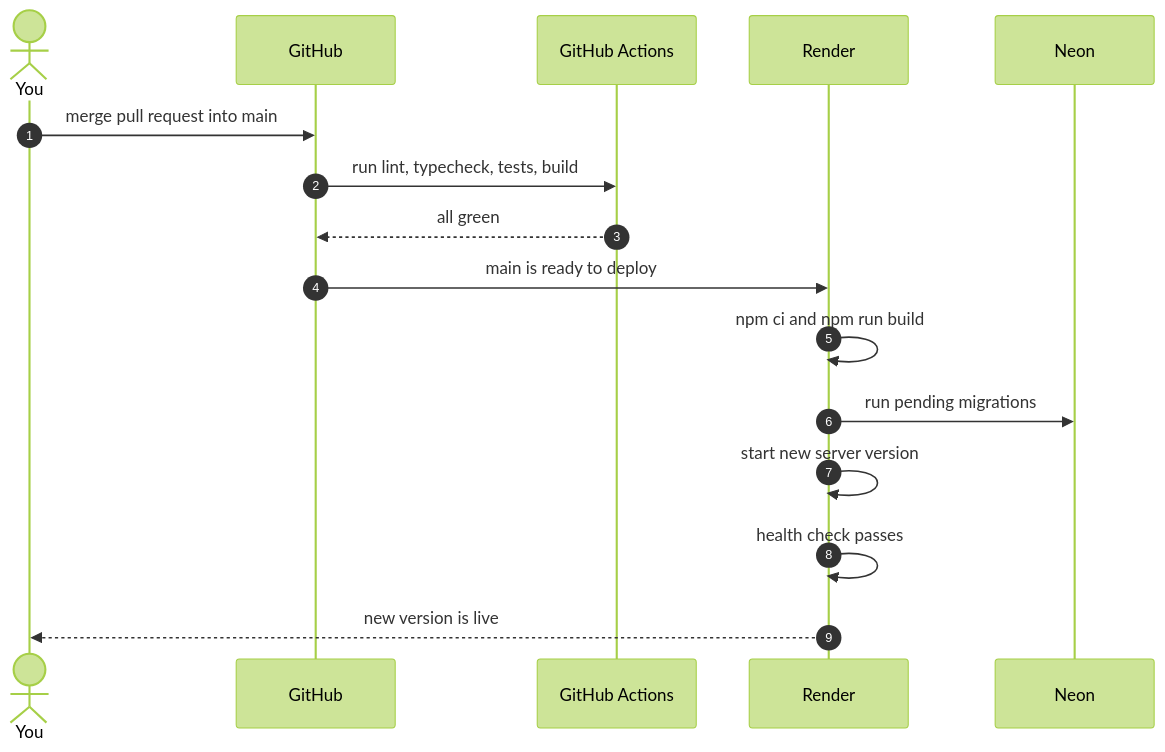
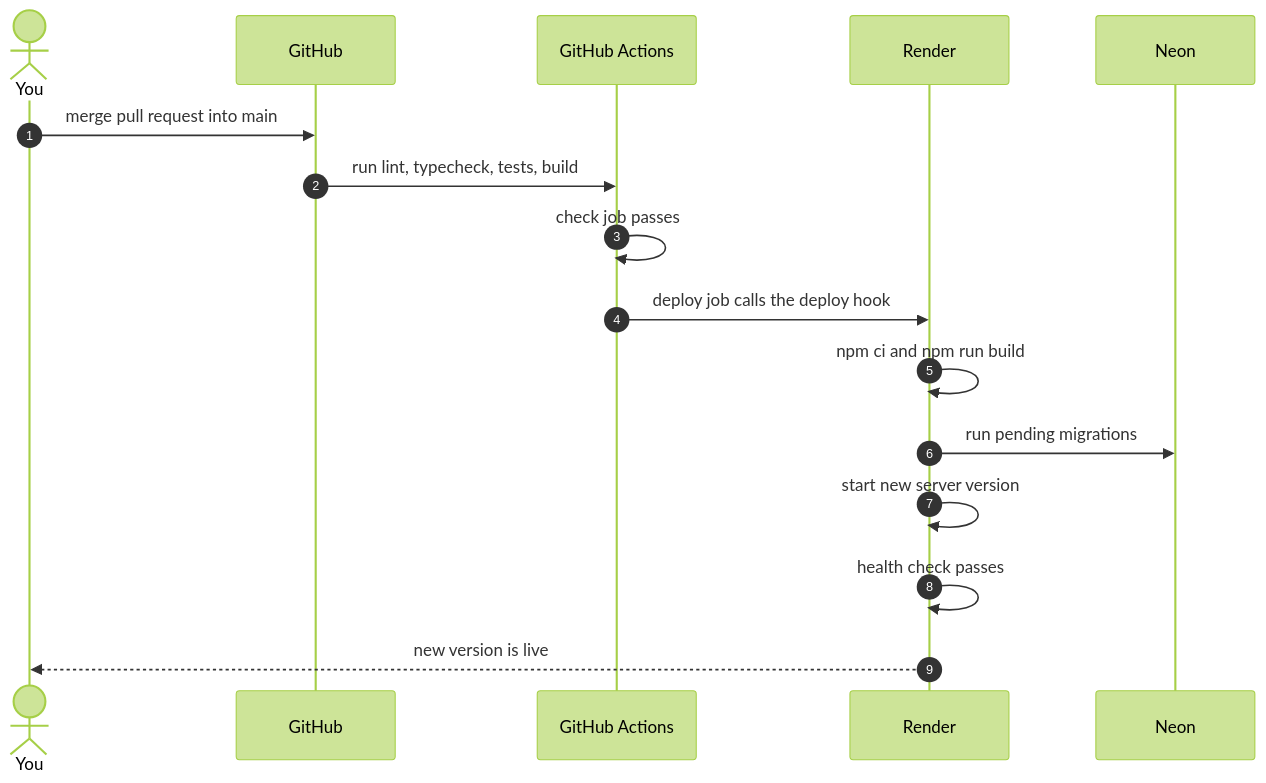
Before and after one commit to GodfredArhinful/g-bank: the second of 2 diagrams in docs/09-deployment.md, drawn with Mermaid (forest theme). The commit also changed other lines of this file and 4 other files, not shown here.

First line of the commit message:
docs: add load testing and a CI deploy job to the plan

````diff
--- a/docs/09-deployment.md
+++ b/docs/09-deployment.md
@@ -76,19 +76,19 @@
 ```mermaid
 sequenceDiagram
     autonumber
     actor G as You
     participant GH as GitHub
     participant CI as GitHub Actions
     participant R as Render
     participant N as Neon
 
     G->>GH: merge pull request into main
     GH->>CI: run lint, typecheck, tests, build
-    CI-->>GH: all green
-    GH->>R: main is ready to deploy
+    CI->>CI: check job passes
+    CI->>R: deploy job calls the deploy hook
     R->>R: npm ci and npm run build
     R->>N: run pending migrations
     R->>R: start new server version
     R->>R: health check passes
     R-->>G: new version is live
 ```
````
